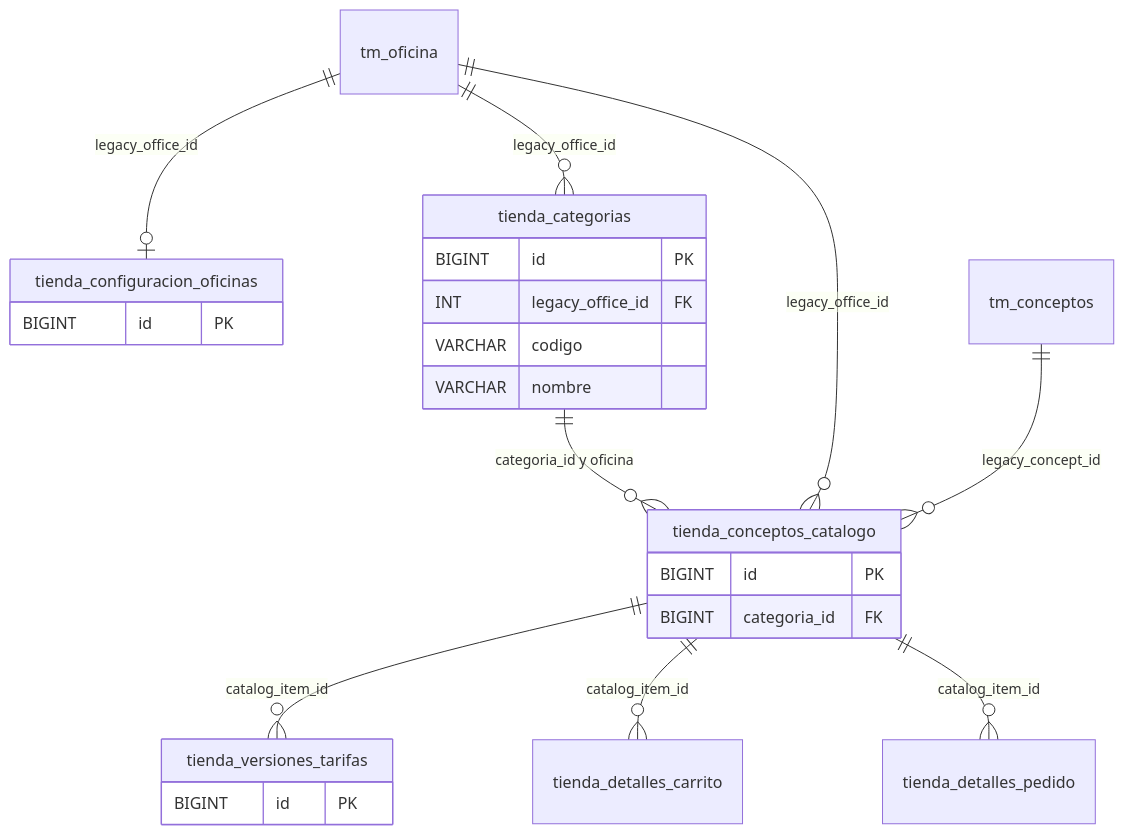
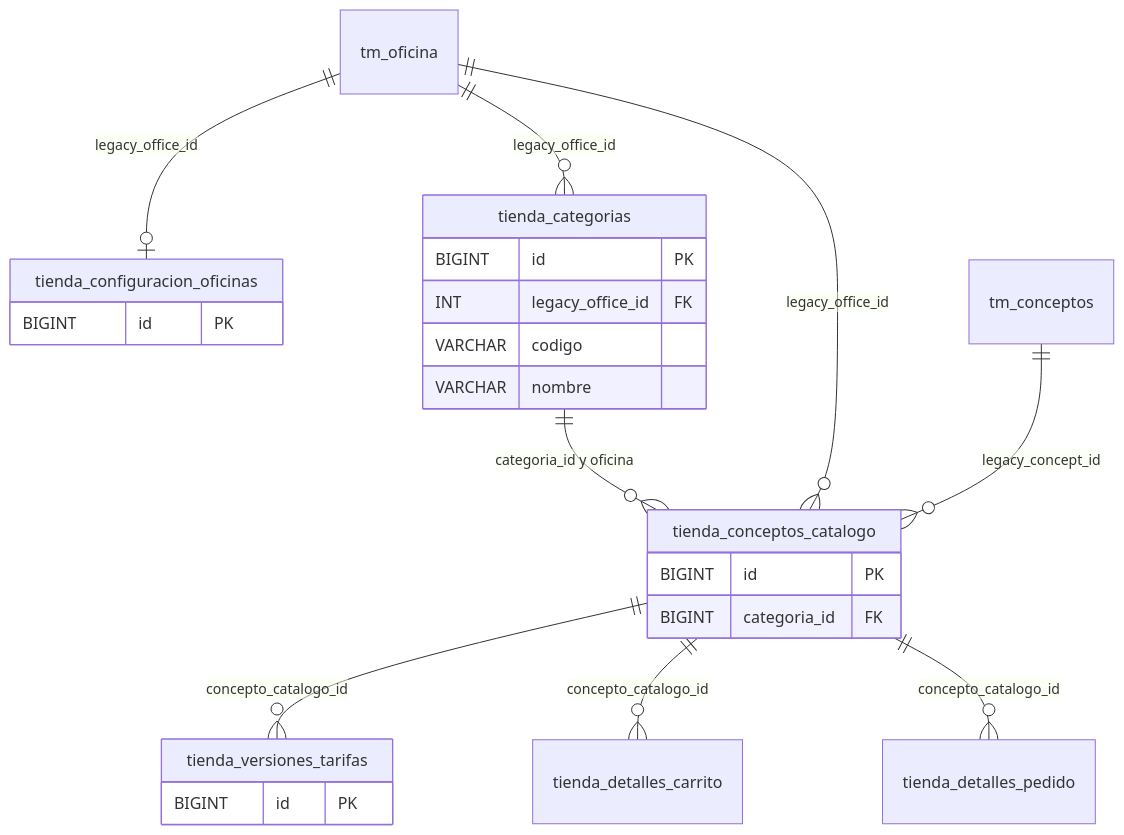
Before and after one commit to JIMMY1012102/UNDC-Pagos-Posgrado: the diagram in docs/modelo-datos/02_CATALOGO.md, drawn with Mermaid. The commit also changed 23 other files, not shown here.

````diff
--- a/docs/modelo-datos/02_CATALOGO.md
+++ b/docs/modelo-datos/02_CATALOGO.md
@@ -5,27 +5,27 @@
 ```mermaid
 erDiagram
   tienda_configuracion_oficinas {
     BIGINT id PK
   }
   tienda_categorias {
     BIGINT id PK
     INT legacy_office_id FK
     VARCHAR codigo
     VARCHAR nombre
   }
   tienda_conceptos_catalogo {
     BIGINT id PK
     BIGINT categoria_id FK
   }
   tienda_versiones_tarifas {
     BIGINT id PK
   }
   tm_oficina ||--o| tienda_configuracion_oficinas : "legacy_office_id"
   tm_oficina ||--o{ tienda_categorias : "legacy_office_id"
   tienda_categorias ||--o{ tienda_conceptos_catalogo : "categoria_id y oficina"
   tm_oficina ||--o{ tienda_conceptos_catalogo : "legacy_office_id"
   tm_conceptos ||--o{ tienda_conceptos_catalogo : "legacy_concept_id"
-  tienda_conceptos_catalogo ||--o{ tienda_versiones_tarifas : "catalog_item_id"
-  tienda_conceptos_catalogo ||--o{ tienda_detalles_carrito : "catalog_item_id"
-  tienda_conceptos_catalogo ||--o{ tienda_detalles_pedido : "catalog_item_id"
+  tienda_conceptos_catalogo ||--o{ tienda_versiones_tarifas : "concepto_catalogo_id"
+  tienda_conceptos_catalogo ||--o{ tienda_detalles_carrito : "concepto_catalogo_id"
+  tienda_conceptos_catalogo ||--o{ tienda_detalles_pedido : "concepto_catalogo_id"
 ```
````
